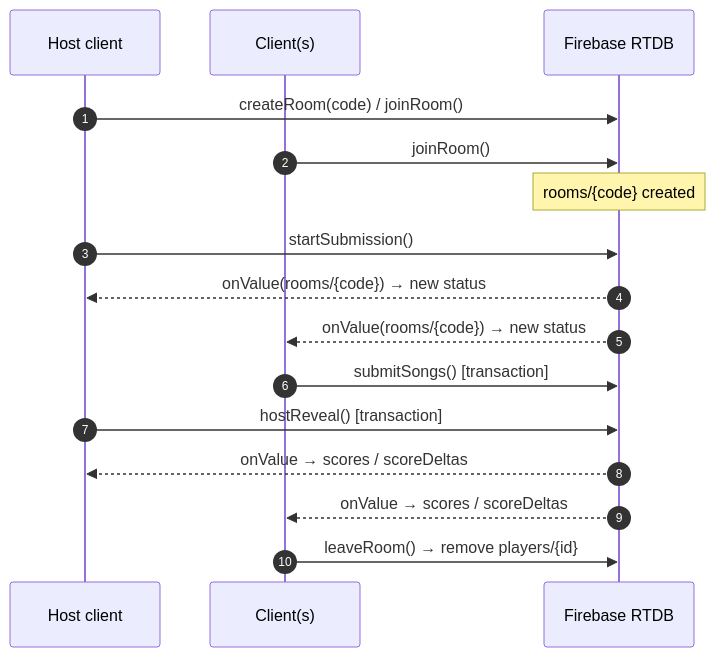
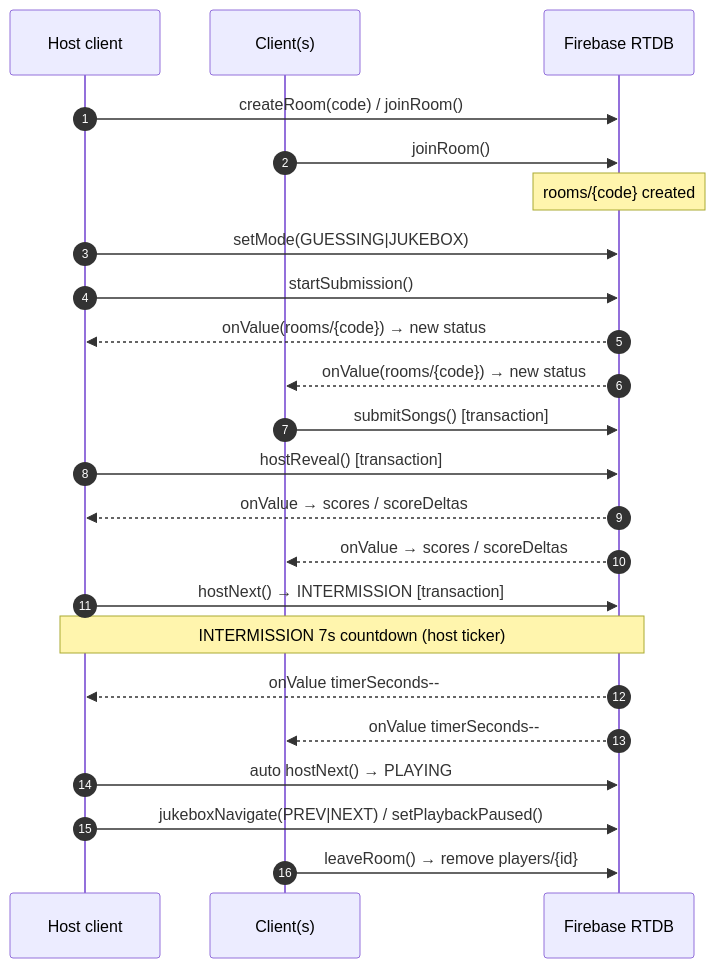
The first of 3 diagrams in docs/ARCHITECTURE.md (sudo-Harshk/pmp), drawn with Mermaid before and after one commit. The commit also changed other lines of this file and 13 other files, not shown here.

First line of the commit message:
feat: add intermission, vote lock-in, and casual jukebox mode

````diff
--- a/docs/ARCHITECTURE.md
+++ b/docs/ARCHITECTURE.md
@@ -16,19 +16,26 @@
 ```mermaid
 sequenceDiagram
     autonumber
     participant H as Host client
     participant C as Client(s)
     participant F as Firebase RTDB
 
     H->>F: createRoom(code) / joinRoom()
     C->>F: joinRoom()
     Note over F: rooms/{code} created
+    H->>F: setMode(GUESSING|JUKEBOX)
     H->>F: startSubmission()
     F-->>H: onValue(rooms/{code}) → new status
     F-->>C: onValue(rooms/{code}) → new status
     C->>F: submitSongs() [transaction]
     H->>F: hostReveal() [transaction]
     F-->>H: onValue → scores / scoreDeltas
     F-->>C: onValue → scores / scoreDeltas
+    H->>F: hostNext() → INTERMISSION [transaction]
+    Note over H,F: INTERMISSION 7s countdown (host ticker)
+    F-->>H: onValue timerSeconds--
+    F-->>C: onValue timerSeconds--
+    H->>F: auto hostNext() → PLAYING
+    H->>F: jukeboxNavigate(PREV|NEXT) / setPlaybackPaused()
     C->>F: leaveRoom() → remove players/{id}
 ```
````
